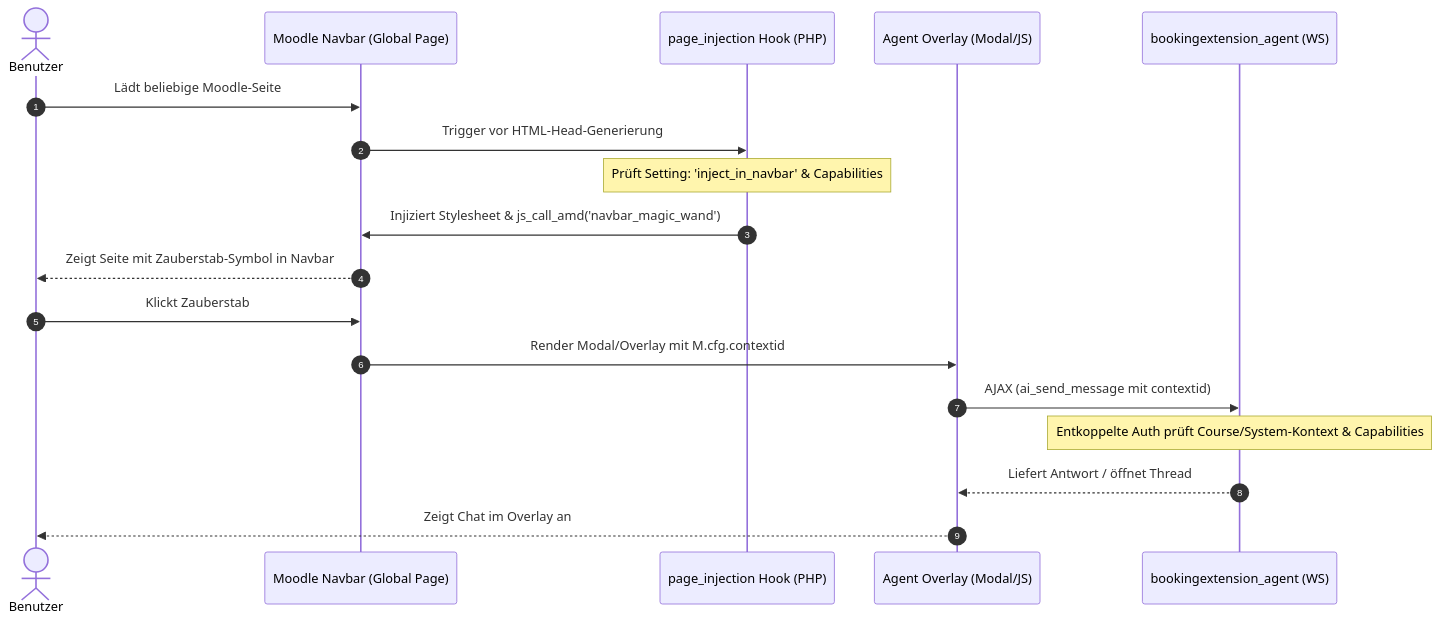
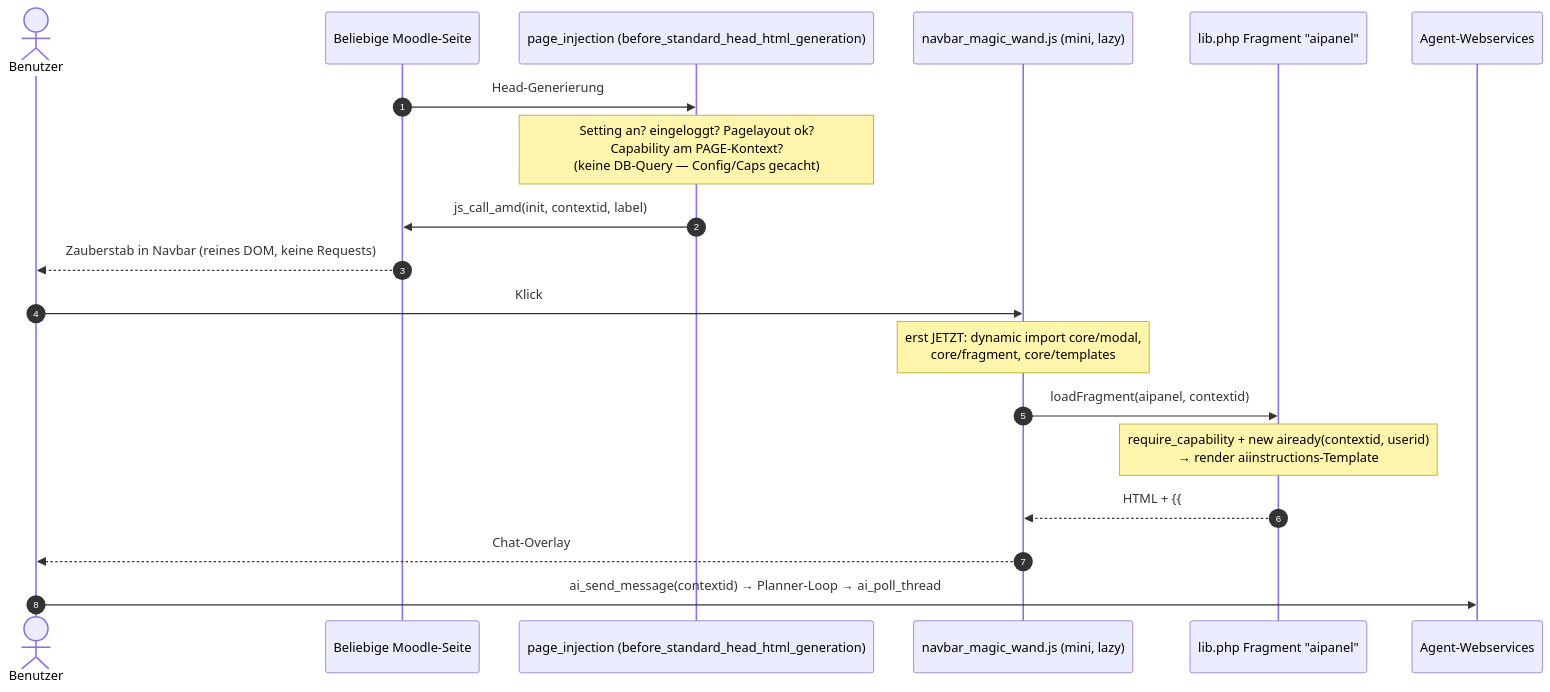
One commit to georgmaisser/moodle-bookingextension_agent changed the diagram in docs/Blueprints/navbar_magic_wand_integration_blueprint_2026-06-10.md. Above: the diagram before and after it, drawn with Mermaid. The commit also changed other lines of this file and 12 other files, not shown here.

````diff
--- a/docs/Blueprints/navbar_magic_wand_integration_blueprint_2026-06-10.md
+++ b/docs/Blueprints/navbar_magic_wand_integration_blueprint_2026-06-10.md
@@ -59,21 +54,22 @@
 ```mermaid
 sequenceDiagram
     autonumber
     actor User as Benutzer
-    participant Navbar as Moodle Navbar (Global Page)
-    participant Hook as page_injection Hook (PHP)
-    participant AgentUI as Agent Overlay (Modal/JS)
-    participant Backend as bookingextension_agent (WS)
+    participant Page as Beliebige Moodle-Seite
+    participant Hook as page_injection (before_standard_head_html_generation)
+    participant JS as navbar_magic_wand.js (mini, lazy)
+    participant Frag as lib.php Fragment "aipanel"
+    participant Backend as Agent-Webservices
 
-    User->>Navbar: Lädt beliebige Moodle-Seite
-    Navbar->>Hook: Trigger vor HTML-Head-Generierung
-    Note over Hook: Prüft Setting: 'inject_in_navbar' & Capabilities
-    Hook->>Navbar: Injiziert Stylesheet & js_call_amd('navbar_magic_wand')
-    Navbar-->>User: Zeigt Seite mit Zauberstab-Symbol in Navbar
-    User->>Navbar: Klickt Zauberstab
-    Navbar->>AgentUI: Render Modal/Overlay mit M.cfg.contextid
-    AgentUI->>Backend: AJAX (ai_send_message mit contextid)
-    Note over Backend: Entkoppelte Auth prüft Course/System-Kontext & Capabilities
-    Backend-->>AgentUI: Liefert Antwort / öffnet Thread
-    AgentUI-->>User: Zeigt Chat im Overlay an
+    Page->>Hook: Head-Generierung
+    Note over Hook: Setting an? eingeloggt? Pagelayout ok?<br/>Capability am PAGE-Kontext?<br/>(keine DB-Query — Config/Caps gecacht)
+    Hook->>Page: js_call_amd(init, contextid, label)
+    Page-->>User: Zauberstab in Navbar (reines DOM, keine Requests)
+    User->>JS: Klick
+    Note over JS: erst JETZT: dynamic import core/modal,<br/>core/fragment, core/templates
+    JS->>Frag: loadFragment(aipanel, contextid)
+    Note over Frag: require_capability + new aiready(contextid, userid)<br/>→ render aiinstructions-Template
+    Frag-->>JS: HTML + {{#js}} (bootet aiinstructions.js im Modal)
+    JS-->>User: Chat-Overlay
+    User->>Backend: ai_send_message(contextid) → Planner-Loop → ai_poll_thread
 ```
````
